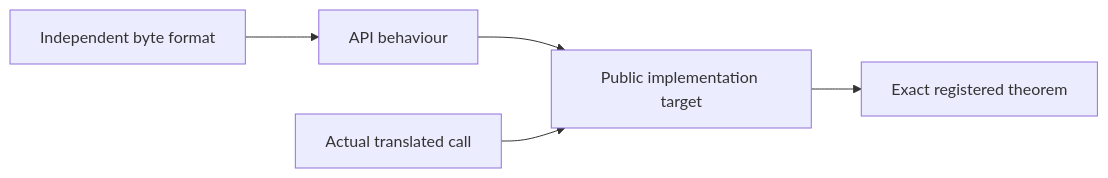
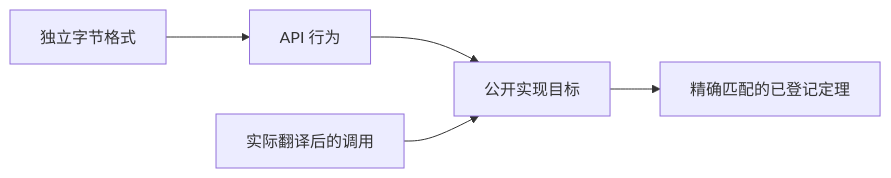
The diagram in site/translations/checking/contract-review.zh.md (cla7aye15I4nd/zlib-f), drawn with Mermaid before and after one commit. The commit also changed other lines of this file and 61 other files, not shown here.

````diff
--- a/site/translations/checking/contract-review.zh.md
+++ b/site/translations/checking/contract-review.zh.md
@@ -25,7 +17,7 @@
 ```mermaid
 flowchart LR
-    F["Independent byte format"] --> A["API behaviour"]
-    A --> P["Public implementation target"]
-    C["Actual translated call"] --> P
-    P --> T["Exact registered theorem"]
+    F["独立字节格式"] --> A["API 行为"]
+    A --> P["公开实现目标"]
+    C["实际翻译后的调用"] --> P
+    P --> T["精确匹配的已登记定理"]
 ```
````
